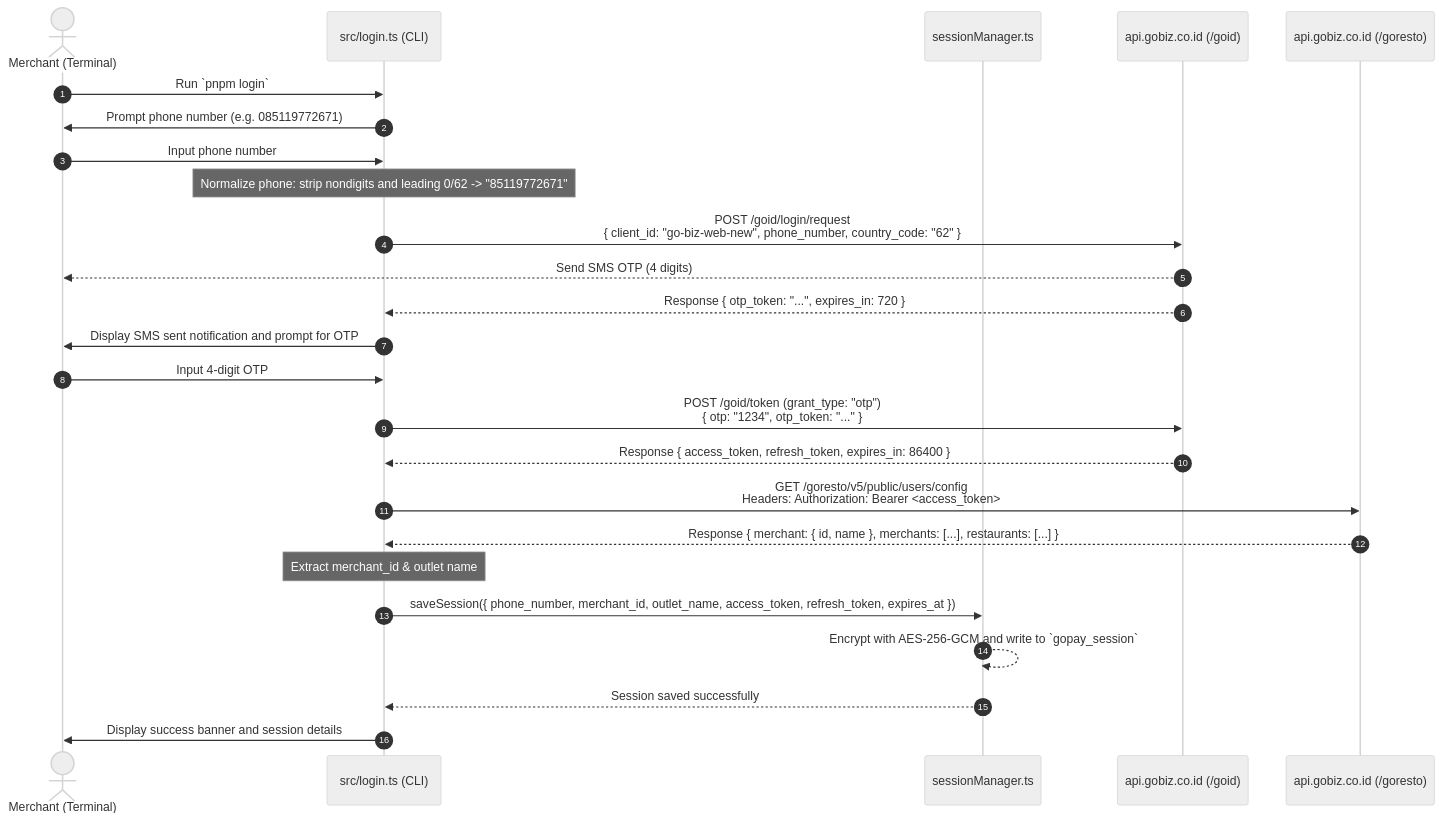
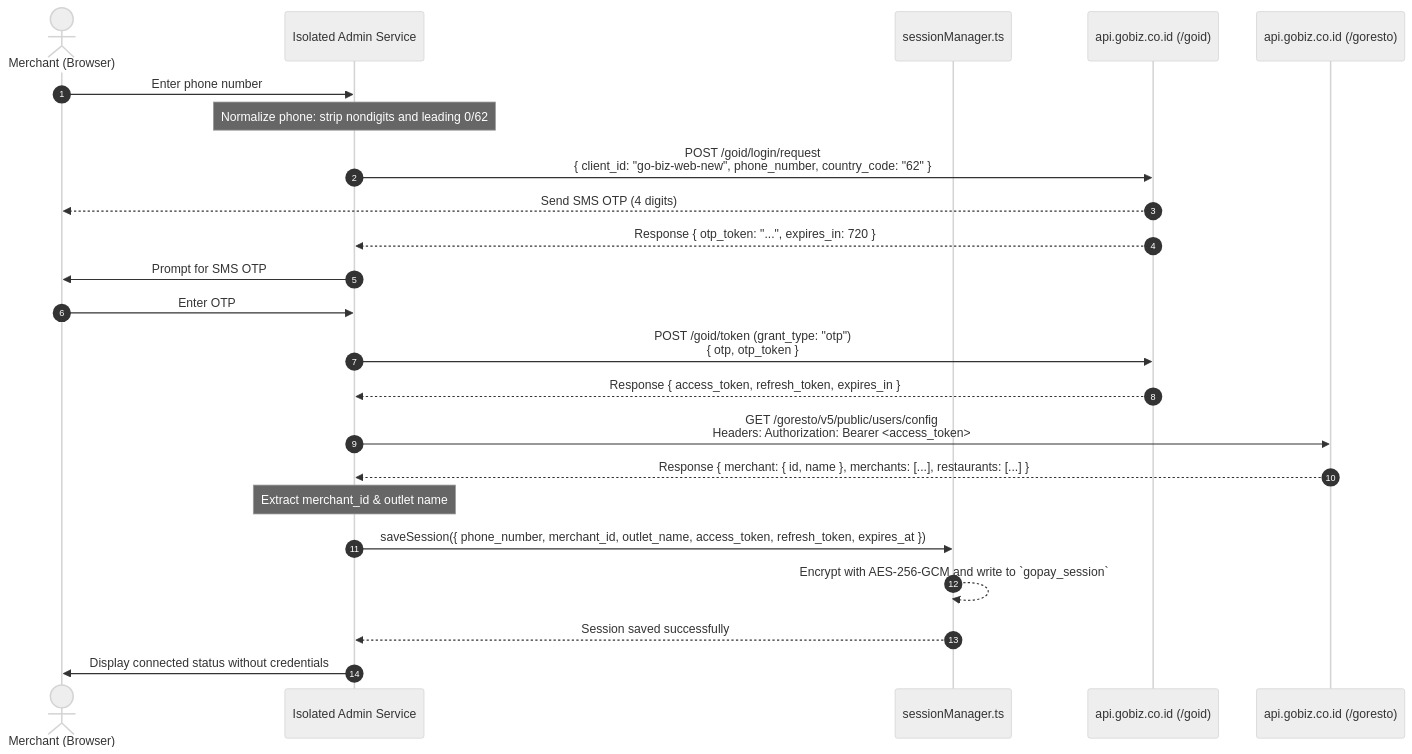
The first of 3 diagrams in GOJEK_API_DOCS.md (azmi2409/gopay-merchant-qris-gateway), drawn with Mermaid (neutral theme) before and after one commit. The commit also changed other lines of this file and 68 other files, not shown here.

Commit message:
feat: add isolated admin control plane

````diff
--- a/GOJEK_API_DOCS.md
+++ b/GOJEK_API_DOCS.md
@@ -67,34 +67,31 @@
 ```mermaid
 sequenceDiagram
     autonumber
-    actor User as Merchant (Terminal)
-    participant CLI as src/login.ts (CLI)
+    actor User as Merchant (Browser)
+    participant Admin as Isolated Admin Service
     participant SM as sessionManager.ts
     participant GoID as api.gobiz.co.id (/goid)
     participant GoResto as api.gobiz.co.id (/goresto)
 
-    User->>CLI: Run `pnpm login`
-    CLI->>User: Prompt phone number (e.g. 085119772671)
-    User->>CLI: Input phone number
-    Note over CLI: Normalize phone: strip nondigits and leading 0/62 -> "85119772671"
+    User->>Admin: Enter phone number
+    Note over Admin: Normalize phone: strip nondigits and leading 0/62
     
-    CLI->>GoID: POST /goid/login/request<br/>{ client_id: "go-biz-web-new", phone_number, country_code: "62" }
+    Admin->>GoID: POST /goid/login/request<br/>{ client_id: "go-biz-web-new", phone_number, country_code: "62" }
     GoID-->>User: Send SMS OTP (4 digits)
-    GoID-->>CLI: Response { otp_token: "...", expires_in: 720 }
+    GoID-->>Admin: Response { otp_token: "...", expires_in: 720 }
     
-    CLI->>User: Display SMS sent notification and prompt for OTP
-    User->>CLI: Input 4-digit OTP
+    Admin->>User: Prompt for SMS OTP
+    User->>Admin: Enter OTP
     
-    CLI->>GoID: POST /goid/token (grant_type: "otp")<br/>{ otp: "1234", otp_token: "..." }
-    GoID-->>CLI: Response { access_token, refresh_token, expires_in: 86400 }
+    Admin->>GoID: POST /goid/token (grant_type: "otp")<br/>{ otp, otp_token }
+    GoID-->>Admin: Response { access_token, refresh_token, expires_in }
     
-    CLI->>GoResto: GET /goresto/v5/public/users/config<br/>Headers: Authorization: Bearer <access_token>
-    GoResto-->>CLI: Response { merchant: { id, name }, merchants: [...], restaurants: [...] }
-    Note over CLI: Extract merchant_id & outlet name
+    Admin->>GoResto: GET /goresto/v5/public/users/config<br/>Headers: Authorization: Bearer <access_token>
+    GoResto-->>Admin: Response { merchant: { id, name }, merchants: [...], restaurants: [...] }
+    Note over Admin: Extract merchant_id & outlet name
     
-    CLI->>SM: saveSession({ phone_number, merchant_id, outlet_name, access_token, refresh_token, expires_at })
+    Admin->>SM: saveSession({ phone_number, merchant_id, outlet_name, access_token, refresh_token, expires_at })
     SM-->>SM: Encrypt with AES-256-GCM and write to `gopay_session`
-    SM-->>CLI: Session saved successfully
-    
-    CLI->>User: Display success banner and session details
+    SM-->>Admin: Session saved successfully
+    Admin->>User: Display connected status without credentials
 ```
````
